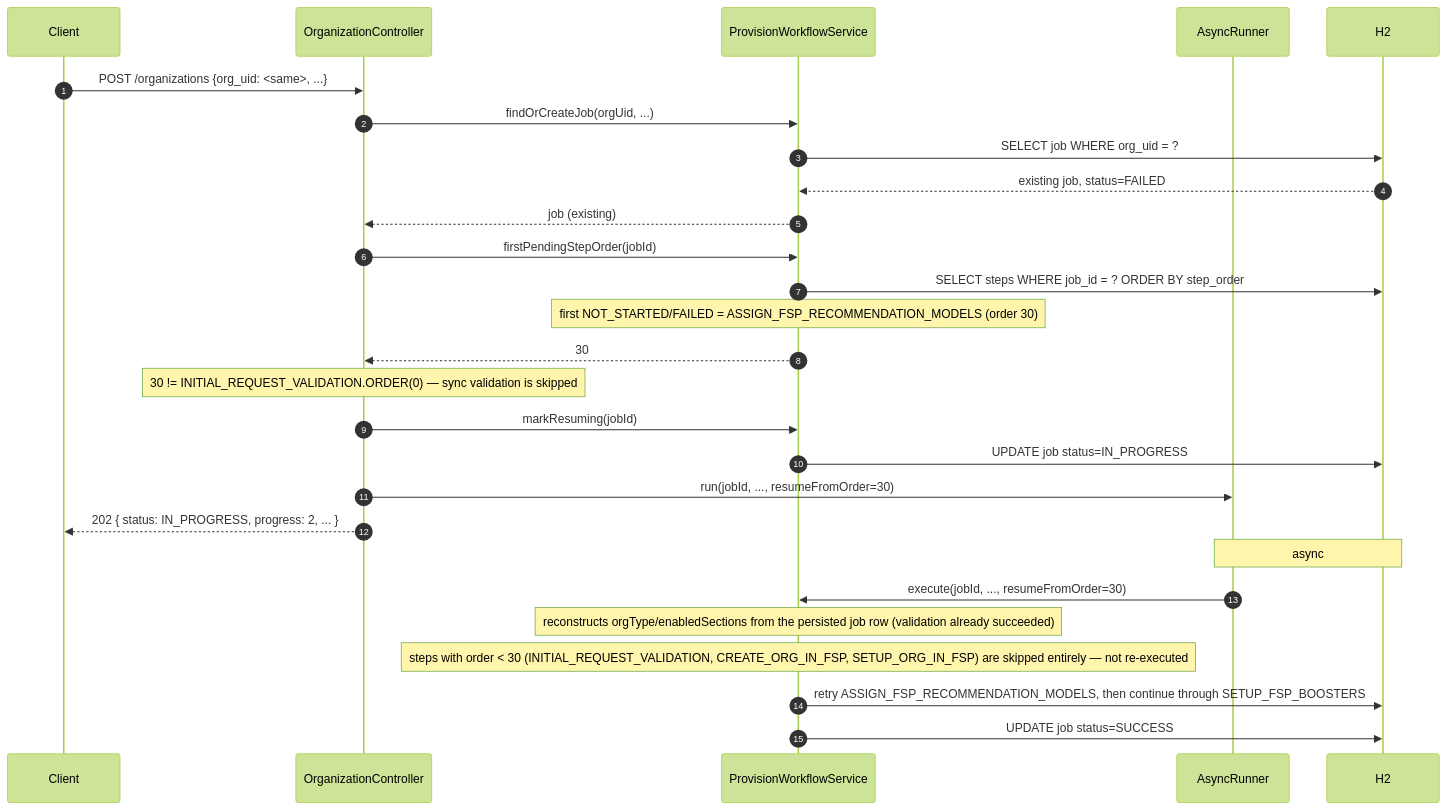
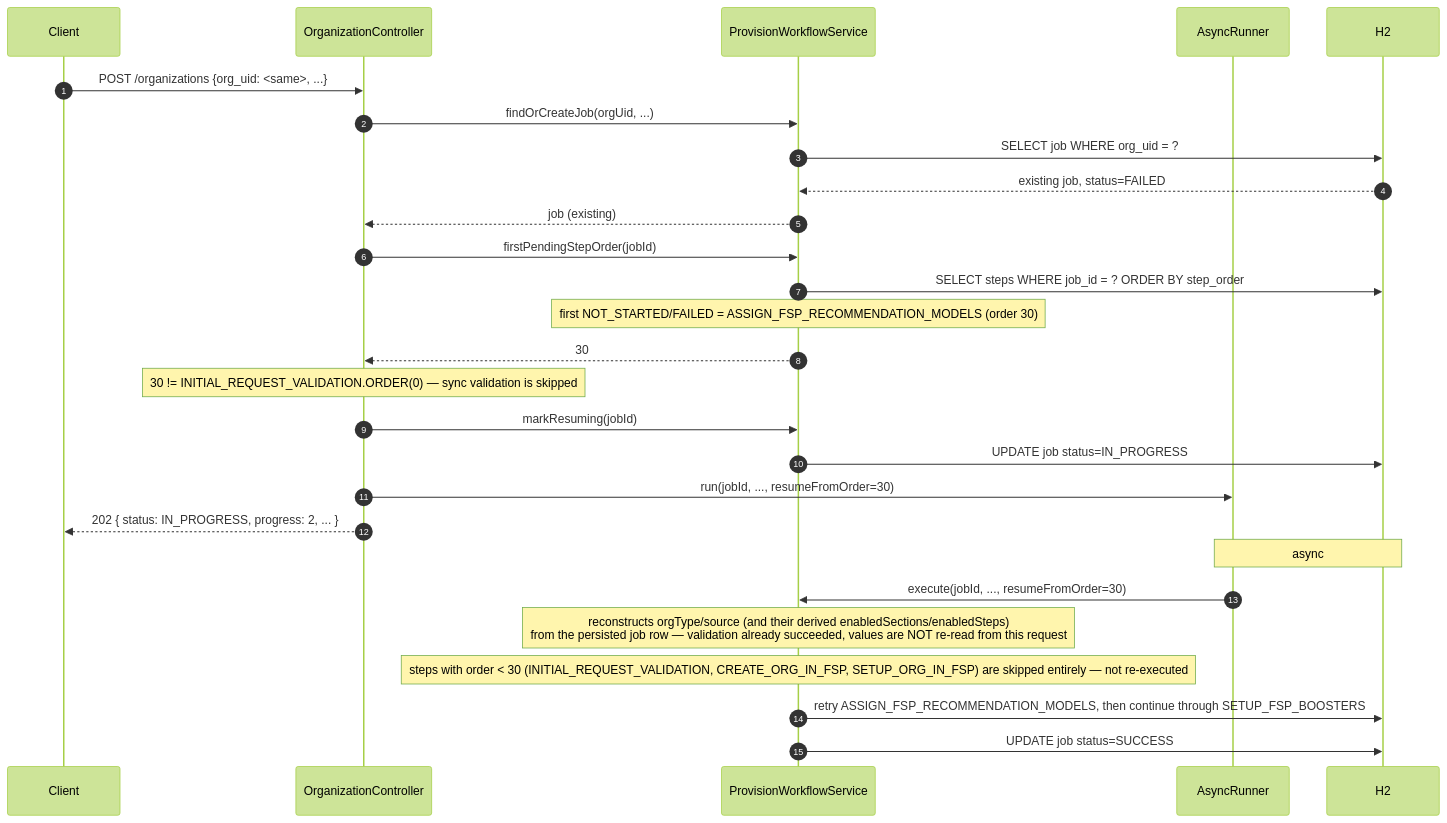
Before and after one commit to bora-arch/create-org-poc: the fifth of 9 diagrams in docs/diagrams.md, drawn with Mermaid (forest theme). The commit also changed other lines of this file and 24 other files, not shown here.

````diff
--- a/docs/diagrams.md
+++ b/docs/diagrams.md
@@ -257,31 +270,31 @@
 ```mermaid
 sequenceDiagram
     autonumber
     participant Client
     participant OC as OrganizationController
     participant WS as ProvisionWorkflowService
     participant AR as AsyncRunner
     participant DB as H2
 
     Client->>OC: POST /organizations {org_uid: <same>, ...}
     OC->>WS: findOrCreateJob(orgUid, ...)
     WS->>DB: SELECT job WHERE org_uid = ?
     DB-->>WS: existing job, status=FAILED
     WS-->>OC: job (existing)
     OC->>WS: firstPendingStepOrder(jobId)
     WS->>DB: SELECT steps WHERE job_id = ? ORDER BY step_order
     Note over WS: first NOT_STARTED/FAILED = ASSIGN_FSP_RECOMMENDATION_MODELS (order 30)
     WS-->>OC: 30
     Note over OC: 30 != INITIAL_REQUEST_VALIDATION.ORDER(0) — sync validation is skipped
     OC->>WS: markResuming(jobId)
     WS->>DB: UPDATE job status=IN_PROGRESS
     OC->>AR: run(jobId, ..., resumeFromOrder=30)
     OC-->>Client: 202 { status: IN_PROGRESS, progress: 2, ... }
 
     Note over AR,DB: async
     AR->>WS: execute(jobId, ..., resumeFromOrder=30)
-    Note over WS: reconstructs orgType/enabledSections from the persisted job row (validation already succeeded)
+    Note over WS: reconstructs orgType/source (and their derived enabledSections/enabledSteps)<br/>from the persisted job row — validation already succeeded, values are NOT re-read from this request
     Note over WS: steps with order < 30 (INITIAL_REQUEST_VALIDATION, CREATE_ORG_IN_FSP, SETUP_ORG_IN_FSP) are skipped entirely — not re-executed
     WS->>DB: retry ASSIGN_FSP_RECOMMENDATION_MODELS, then continue through SETUP_FSP_BOOSTERS
     WS->>DB: UPDATE job status=SUCCESS
 ```
````
